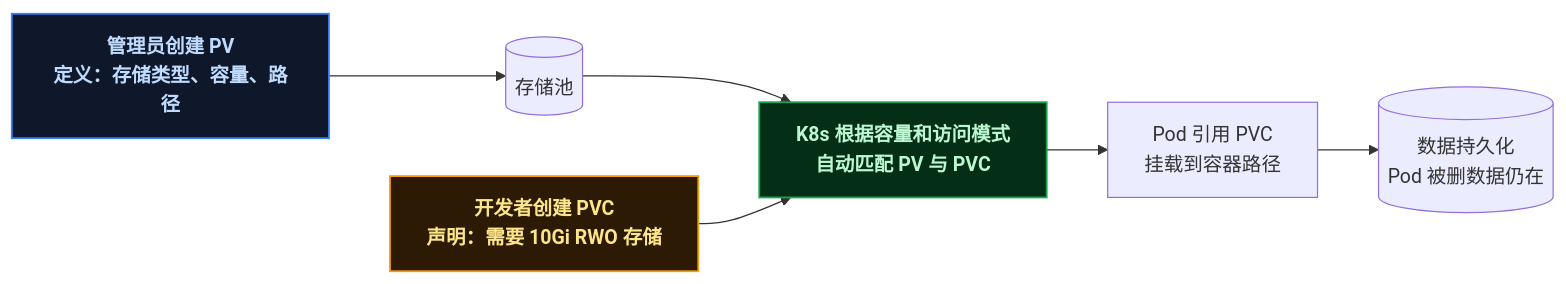
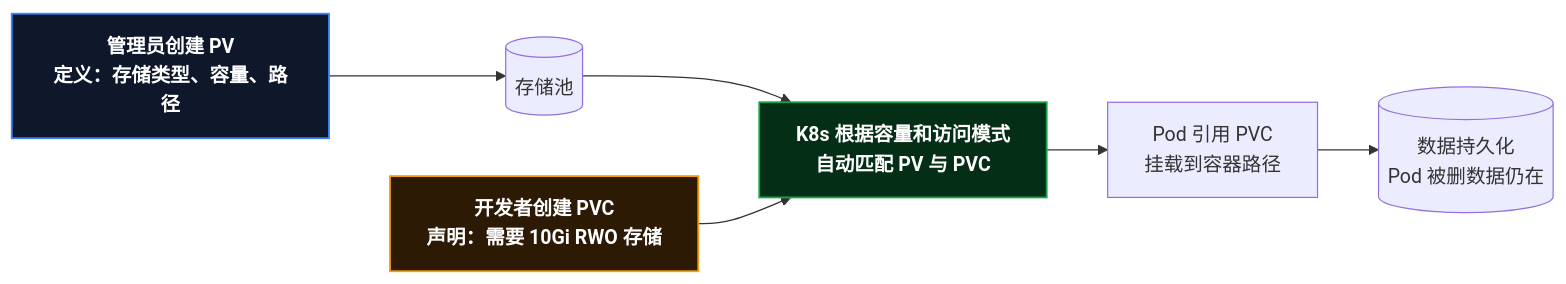
The fifth of 12 diagrams in content/posts/kubernetes/KindWslMigration.md (yaocat55/yaocat55.github.io), drawn with Mermaid before and after one commit. The commit also changed other lines of this file and 27 other files, not shown here.

Commit message:
docs: 全系列 93 张 Mermaid 图 classDef 改为 style 强制深底白字(修复部分渲染器白底浅字)+历史文件格式清理

````diff
--- a/content/posts/kubernetes/KindWslMigration.md
+++ b/content/posts/kubernetes/KindWslMigration.md
@@ -633,19 +651,15 @@
 ```mermaid
 flowchart LR
     %% ==========================================
     %% 样式定义
     %% ==========================================
-classDef producer fill:#0f172a,stroke:#3b82f6,stroke-width:1.5px,color:#bfdbfe,font-weight:bold;
-classDef consumer fill:#2d1a05,stroke:#f59e0b,stroke-width:1.5px,color:#fde68a,font-weight:bold;
-classDef bridge fill:#052e16,stroke:#16a34a,stroke-width:1.5px,color:#bbf7d0,font-weight:bold;
 
     ADMIN["管理员创建 PV\n定义：存储类型、容量、路径"] --> POOL[(存储池)]
     POOL --> MATCH["K8s 根据容量和访问模式\n自动匹配 PV 与 PVC"]
     USER["开发者创建 PVC\n声明：需要 10Gi RWO 存储"] --> MATCH
     MATCH --> POD["Pod 引用 PVC\n挂载到容器路径"]
     POD --> DATA[("数据持久化\nPod 被删数据仍在")]
-
-    class ADMIN producer;
-    class USER consumer;
-    class MATCH bridge;
+    style ADMIN fill:#0f172a,stroke:#3b82f6,stroke-width:1.5px,color:#ffffff,font-weight:bold
+    style USER fill:#2d1a05,stroke:#f59e0b,stroke-width:1.5px,color:#ffffff,font-weight:bold
+    style MATCH fill:#052e16,stroke:#16a34a,stroke-width:1.5px,color:#ffffff,font-weight:bold
 ```
````
